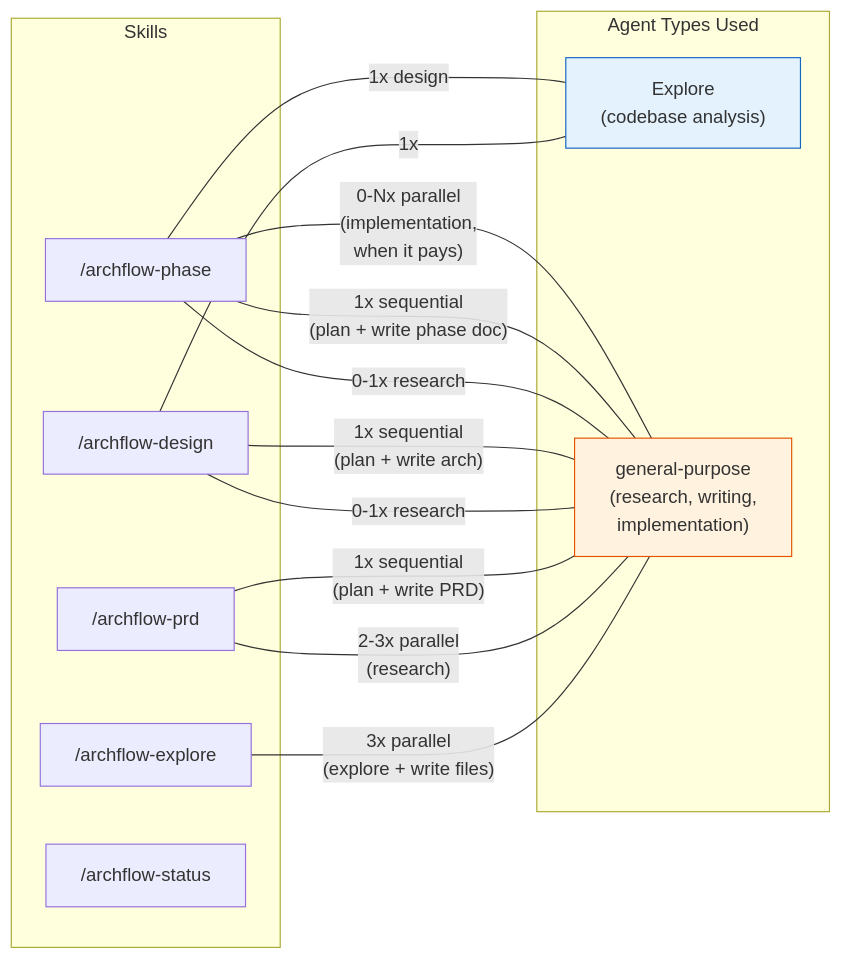
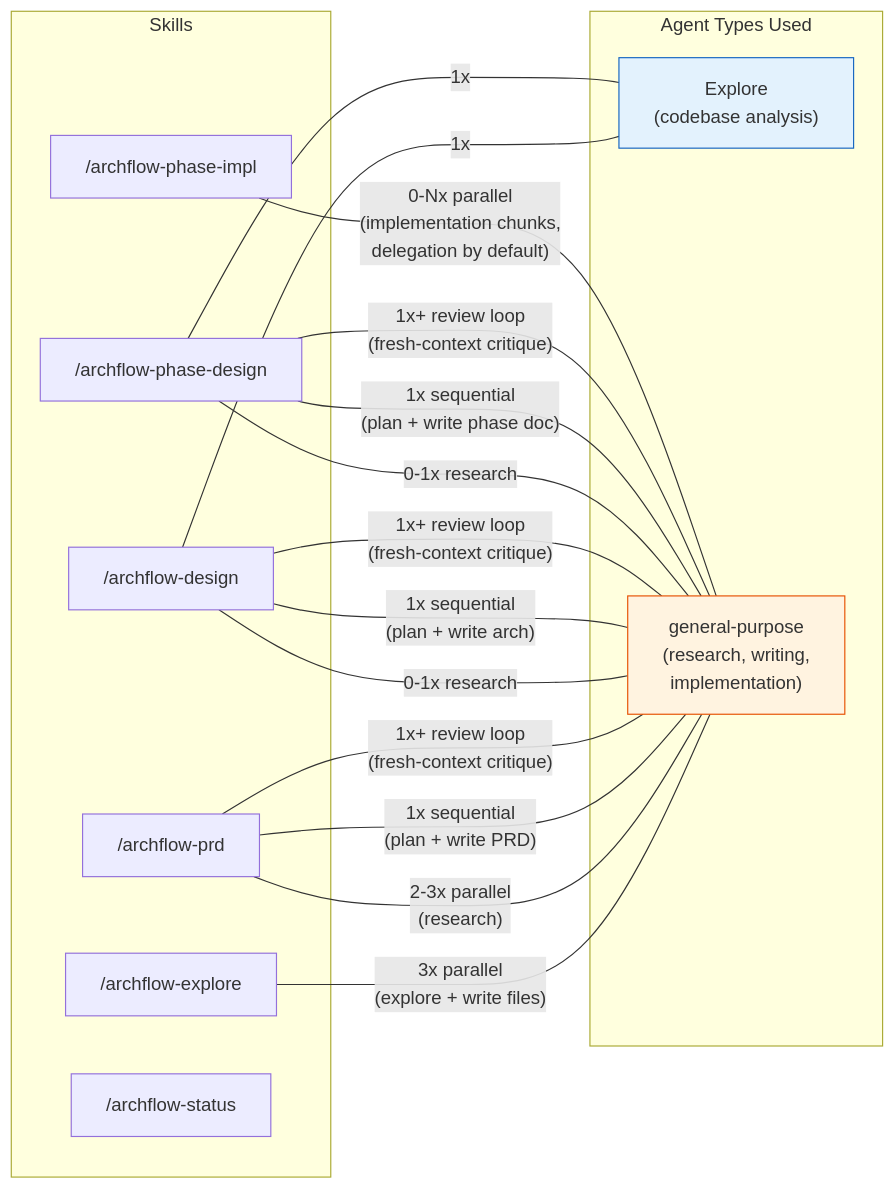
One commit to Aroton/ArchflowV2 changed the ninth of 13 diagrams in docs/archflow-process.md. Above: the diagram before and after it, drawn with Mermaid. The commit also changed other lines of this file and 9 other files, not shown here.

First line of the commit message:
Split phase into design/impl skills, add review loops and counter-review prompts

````diff
--- a/docs/archflow-process.md
+++ b/docs/archflow-process.md
@@ -315,29 +374,33 @@
 ```mermaid
 flowchart LR
     subgraph "Agent Types Used"
         EX["Explore<br/>(codebase analysis)"]
         GP["general-purpose<br/>(research, writing,<br/>implementation)"]
     end
 
     subgraph "Skills"
         explore["/archflow-explore"]
         prd["/archflow-prd"]
         design["/archflow-design"]
-        phase["/archflow-phase"]
+        phasedesign["/archflow-phase-design"]
+        phaseimpl["/archflow-phase-impl"]
         status["/archflow-status"]
     end
 
     explore ---|"3x parallel<br/>(explore + write files)"| GP
     prd ---|"2-3x parallel<br/>(research)"| GP
     prd ---|"1x sequential<br/>(plan + write PRD)"| GP
+    prd ---|"1x+ review loop<br/>(fresh-context critique)"| GP
     design ---|1x| EX
     design ---|"0-1x research"| GP
     design ---|"1x sequential<br/>(plan + write arch)"| GP
-    phase ---|1x design| EX
-    phase ---|"0-1x research"| GP
-    phase ---|"1x sequential<br/>(plan + write phase doc)"| GP
-    phase ---|"0-Nx parallel<br/>(implementation,<br/>when it pays)"| GP
+    design ---|"1x+ review loop<br/>(fresh-context critique)"| GP
+    phasedesign ---|1x| EX
+    phasedesign ---|"0-1x research"| GP
+    phasedesign ---|"1x sequential<br/>(plan + write phase doc)"| GP
+    phasedesign ---|"1x+ review loop<br/>(fresh-context critique)"| GP
+    phaseimpl ---|"0-Nx parallel<br/>(implementation chunks,<br/>delegation by default)"| GP
 
     style EX fill:#e3f2fd,stroke:#1565c0
     style GP fill:#fff3e0,stroke:#e65100
 ```
````
